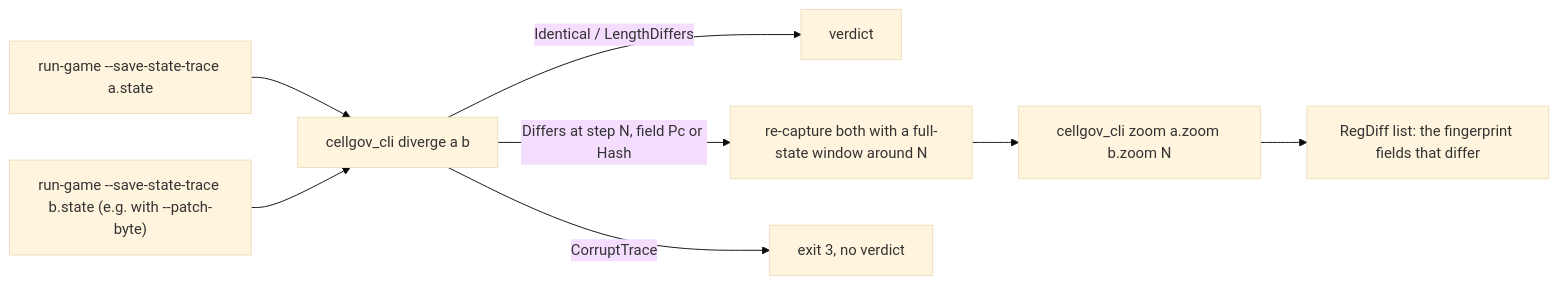
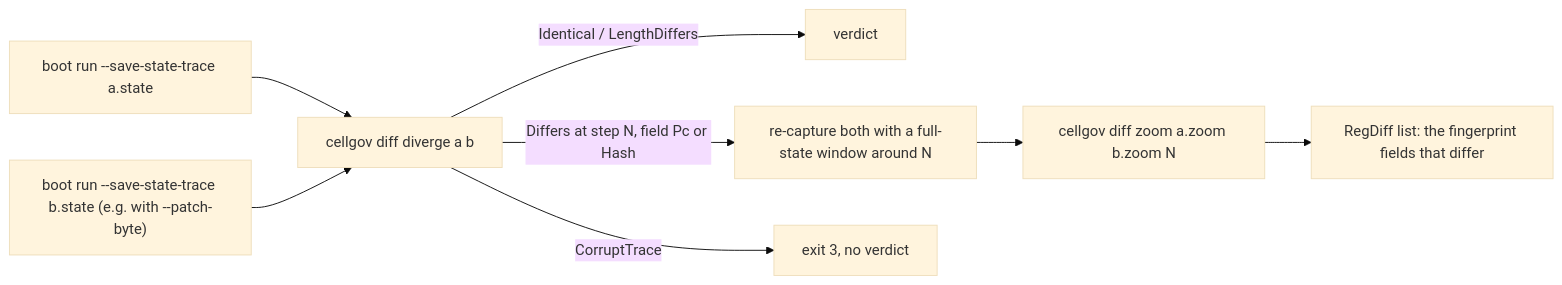
The second of 2 diagrams in docs/architecture/comparison.md (RoyalAce22/CellGov), drawn with Mermaid (base theme) before and after one commit. The commit also changed other lines of this file and 159 other files, not shown here.

Commit message:
feat(cli): one cellgov binary with a clap noun-verb command tree

````diff
--- a/docs/architecture/comparison.md
+++ b/docs/architecture/comparison.md
@@ -92,10 +92,10 @@
 ```mermaid
 flowchart LR
-  a["run-game --save-state-trace a.state"] --> dv["cellgov_cli diverge a b"]
-  b["run-game --save-state-trace b.state (e.g. with --patch-byte)"] --> dv
+  a["boot run --save-state-trace a.state"] --> dv["cellgov diff diverge a b"]
+  b["boot run --save-state-trace b.state (e.g. with --patch-byte)"] --> dv
   dv -->|Identical / LengthDiffers| done["verdict"]
   dv -->|"Differs at step N, field Pc or Hash"| win["re-capture both with a full-state window around N"]
   dv -->|CorruptTrace| bad["exit 3, no verdict"]
-  win --> zm["cellgov_cli zoom a.zoom b.zoom N"]
+  win --> zm["cellgov diff zoom a.zoom b.zoom N"]
   zm --> rd["RegDiff list: the fingerprint fields that differ"]
 ```
````
